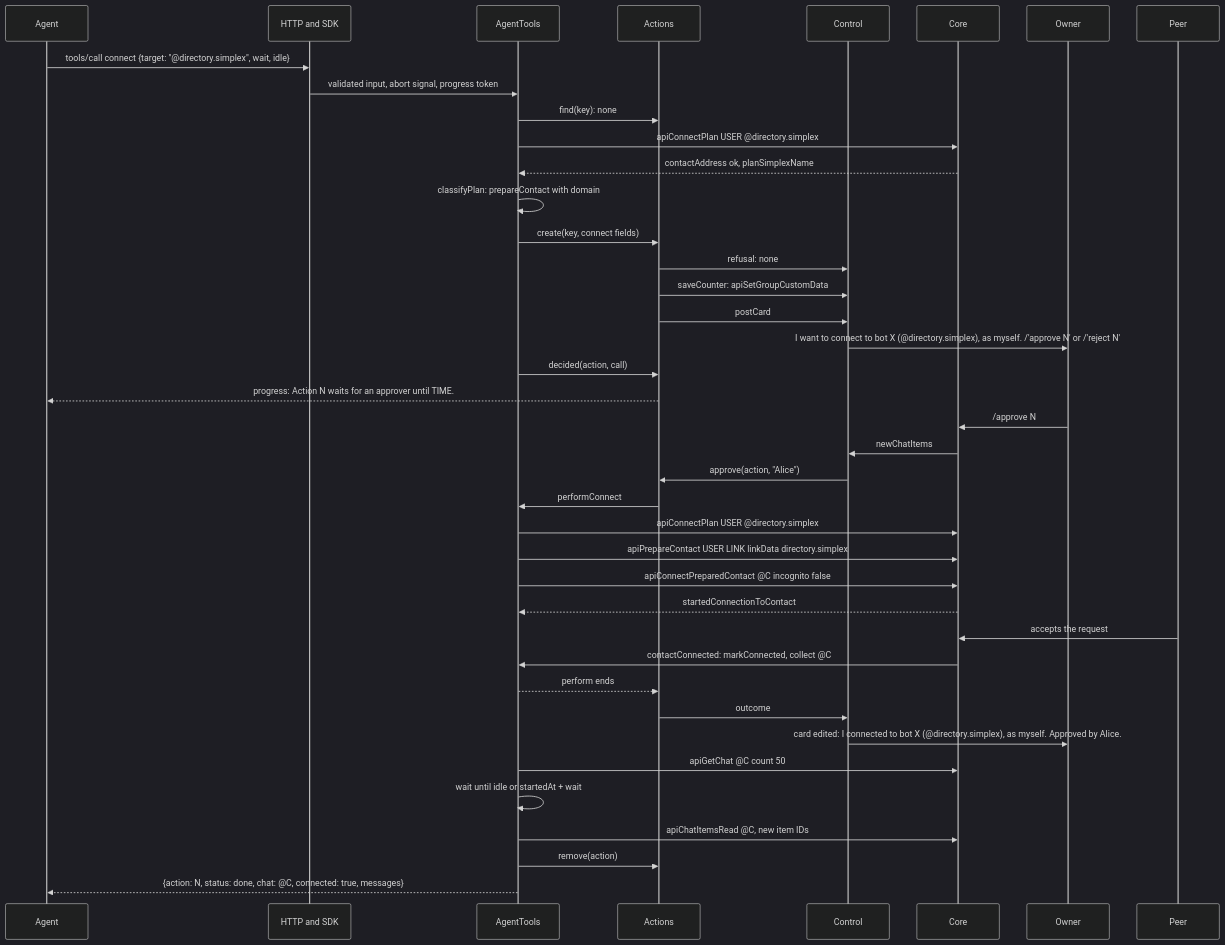
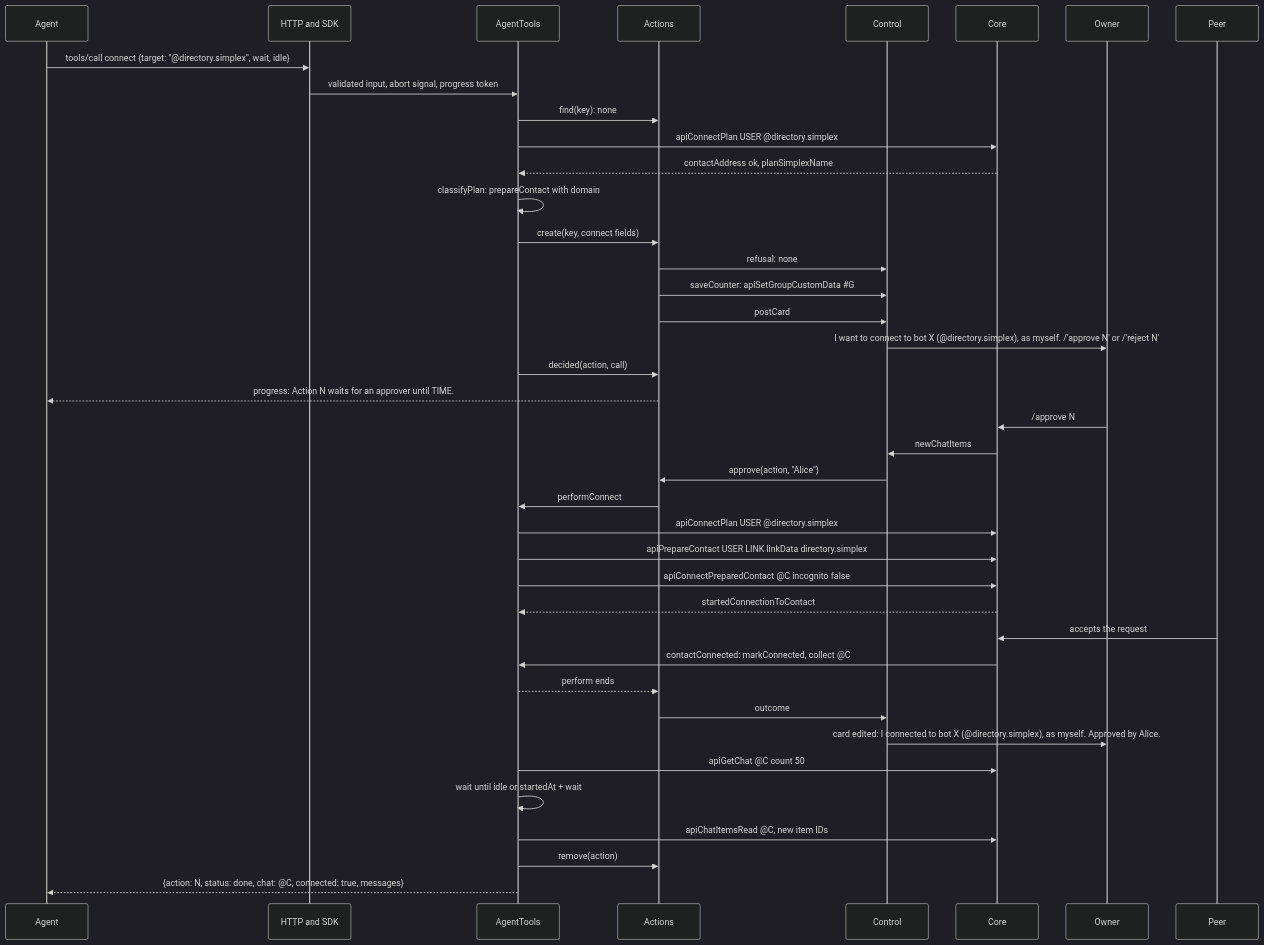
The third of 30 diagrams in packages/simplex-chat-mcp/spec/flows.md (simplex-chat/simplex-chat), drawn with Mermaid (dark theme) before and after one commit. The commit also changed other lines of this file and 1 other file, not shown here.

First line of the commit message:
mcp: spec diagrams render whole on GitHub

````diff
--- a/packages/simplex-chat-mcp/spec/flows.md
+++ b/packages/simplex-chat-mcp/spec/flows.md
@@ -157,42 +157,42 @@
 ```mermaid
 sequenceDiagram
   participant A as Agent
   participant H as HTTP and SDK
   participant T as AgentTools
   participant X as Actions
   participant K as Control
   participant C as Core
   participant O as Owner
   participant D as Peer
   A->>H: tools/call connect {target: "@directory.simplex", wait, idle}
   H->>T: validated input, abort signal, progress token
   T->>X: find(key): none
   T->>C: apiConnectPlan USER @directory.simplex
   C-->>T: contactAddress ok, planSimplexName
   T->>T: classifyPlan: prepareContact with domain
   T->>X: create(key, connect fields)
   X->>K: refusal: none
-  X->>K: saveCounter: apiSetGroupCustomData #G
+  X->>K: saveCounter: apiSetGroupCustomData #35;G
   X->>K: postCard
   K->>O: I want to connect to bot X (@directory.simplex), as myself. /'approve N' or /'reject N'
   T->>X: decided(action, call)
   X-->>A: progress: Action N waits for an approver until TIME.
   O->>C: /approve N
   C->>K: newChatItems
   K->>X: approve(action, "Alice")
   X->>T: performConnect
   T->>C: apiConnectPlan USER @directory.simplex
   T->>C: apiPrepareContact USER LINK linkData directory.simplex
   T->>C: apiConnectPreparedContact @C incognito false
   C-->>T: startedConnectionToContact
   D->>C: accepts the request
   C->>T: contactConnected: markConnected, collect @C
   T-->>X: perform ends
   X->>K: outcome
   K->>O: card edited: I connected to bot X (@directory.simplex), as myself. Approved by Alice.
   T->>C: apiGetChat @C count 50
   T->>T: wait until idle or startedAt + wait
   T->>C: apiChatItemsRead @C, new item IDs
   T->>X: remove(action)
   T-->>A: {action: N, status: done, chat: @C, connected: true, messages}
 ```
````
